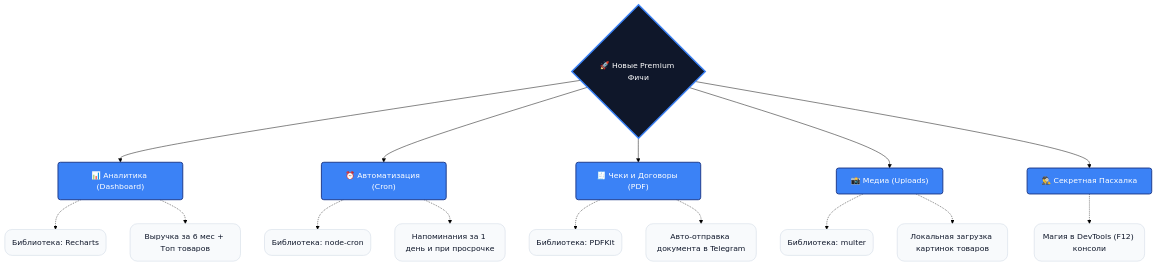
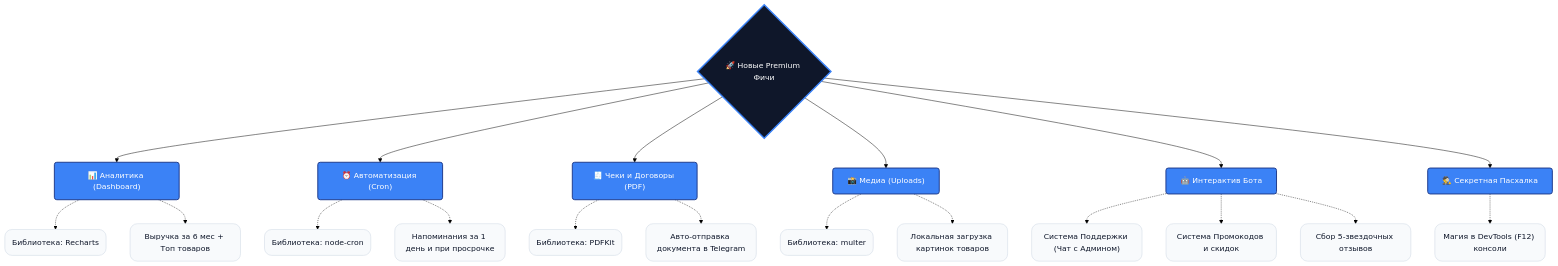
The fifth of 5 diagrams in README.md (yuliitezarygml/renatal-all), drawn with Mermaid (forest theme) before and after one commit.

Commit message:
Docs: Update Mermaid flowchart with bot interactive features

````diff
--- a/README.md
+++ b/README.md
@@ -227,27 +227,32 @@
 ```mermaid
 flowchart TB
     classDef core fill:#0f172a,stroke:#3b82f6,stroke-width:3px,color:#fff,rx:10,ry:10
     classDef feat fill:#3b82f6,stroke:#1e3a8a,stroke-width:2px,color:#fff,rx:5,ry:5
     classDef lib fill:#f8fafc,stroke:#cbd5e1,stroke-width:1px,color:#0f172a,rx:15,ry:15
 
     Core{"🚀 Новые Premium Фичи"}:::core
 
     Core --> A["📊 Аналитика (Dashboard)"]:::feat
     A -.-> A1("Библиотека: Recharts"):::lib
     A -.-> A2("Выручка за 6 мес + Топ товаров"):::lib
 
     Core --> B["⏰ Автоматизация (Cron)"]:::feat
     B -.-> B1("Библиотека: node-cron"):::lib
     B -.-> B2("Напоминания за 1 день и при просрочке"):::lib
 
     Core --> C["🧾 Чеки и Договоры (PDF)"]:::feat
     C -.-> C1("Библиотека: PDFKit"):::lib
     C -.-> C2("Авто-отправка документа в Telegram"):::lib
 
     Core --> D["📸 Медиа (Uploads)"]:::feat
     D -.-> D1("Библиотека: multer"):::lib
     D -.-> D2("Локальная загрузка картинок товаров"):::lib
+
+    Core --> F["🤖 Интерактив Бота"]:::feat
+    F -.-> F1("Система Поддержки (Чат с Админом)"):::lib
+    F -.-> F2("Система Промокодов и скидок"):::lib
+    F -.-> F3("Сбор 5-звездочных отзывов"):::lib
     
     Core --> E["🕵️‍♂️ Секретная Пасхалка"]:::feat
     E -.-> E1("Магия в DevTools (F12) консоли"):::lib
 ```
````
